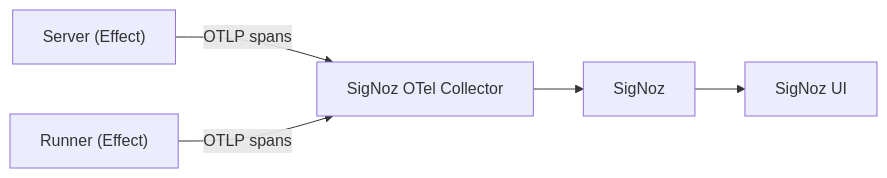
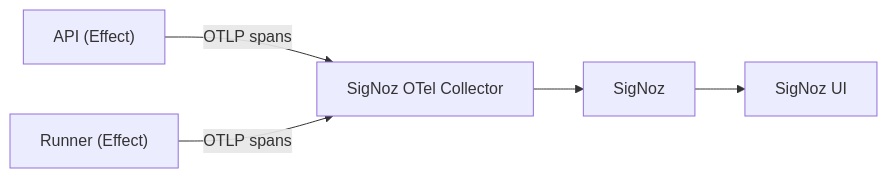
Before and after one commit to ChristopherPHolder/app-speed: the diagram in docs/observability-backend.md, drawn with Mermaid. The commit also changed other lines of this file and 58 other files, not shown here.

````diff
--- a/docs/observability-backend.md
+++ b/docs/observability-backend.md
@@ -25,7 +29,7 @@
 ```mermaid
 flowchart LR
-  Server["Server (Effect)"] -->|OTLP spans| Collector["SigNoz OTel Collector"]
+  Api["API (Effect)"] -->|OTLP spans| Collector["SigNoz OTel Collector"]
   Runner["Runner (Effect)"] -->|OTLP spans| Collector
   Collector --> SigNoz["SigNoz"]
   SigNoz --> UI["SigNoz UI"]
 ```
````
